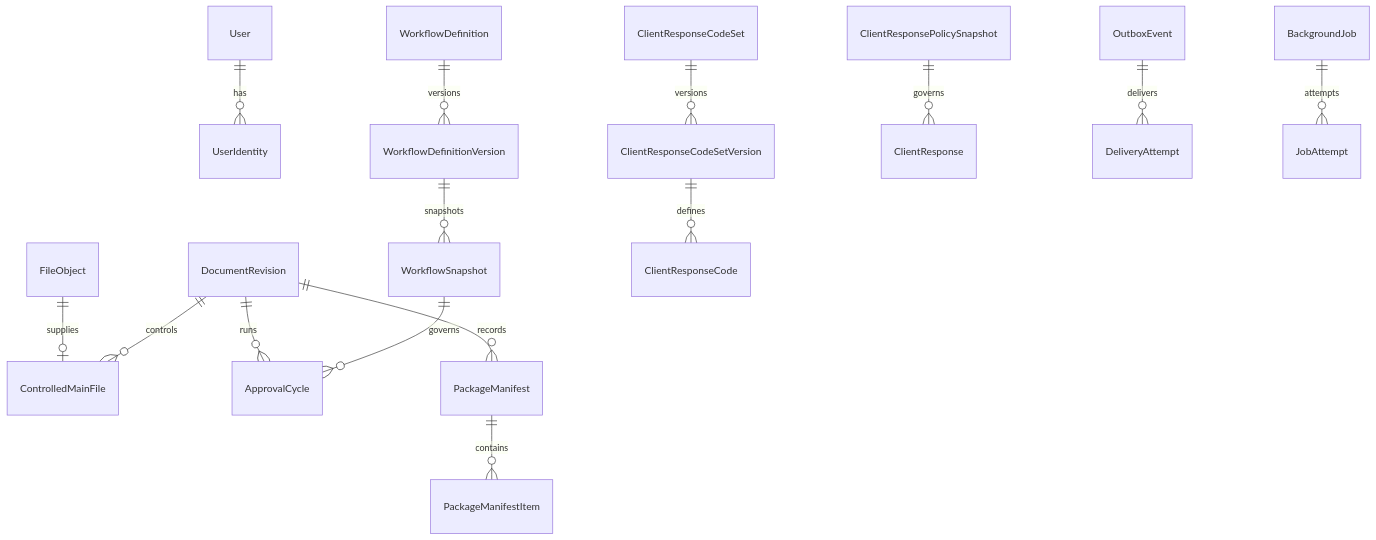
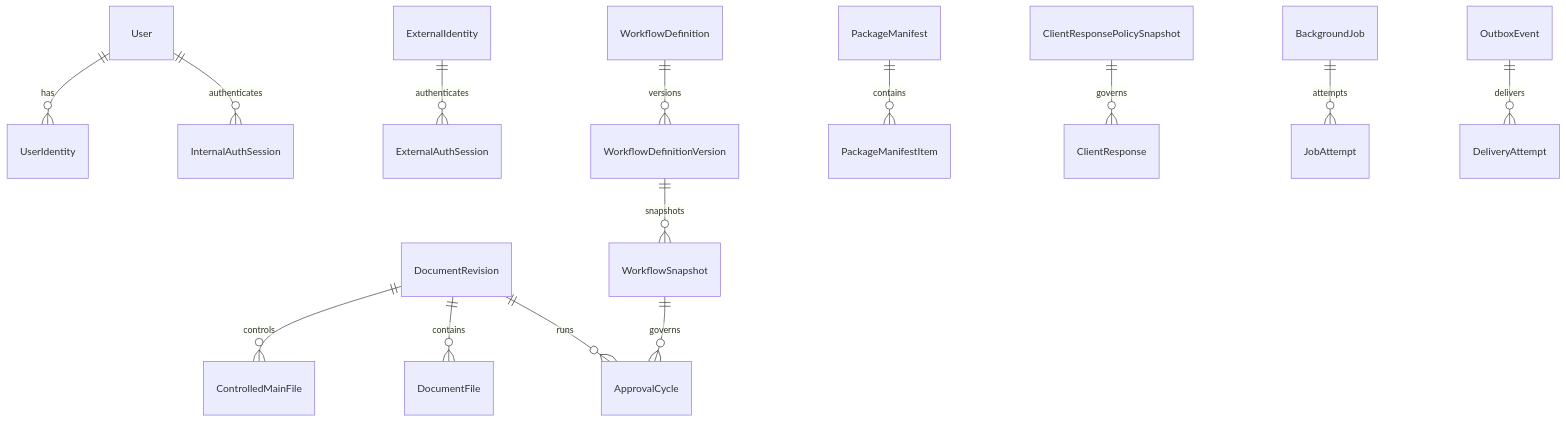
Before and after one commit to moabuomar1889/dtgsa-mdr: the diagram in docs/DATA_MODEL.md, drawn with Mermaid. The commit also changed other lines of this file and 117 other files, not shown here.

````diff
--- a/docs/DATA_MODEL.md
+++ b/docs/DATA_MODEL.md
@@ -3,17 +8,16 @@
 ```mermaid
 erDiagram
   User ||--o{ UserIdentity : has
+  User ||--o{ InternalAuthSession : authenticates
+  ExternalIdentity ||--o{ ExternalAuthSession : authenticates
   DocumentRevision ||--o{ ControlledMainFile : controls
-  FileObject ||--o| ControlledMainFile : supplies
+  DocumentRevision ||--o{ DocumentFile : contains
+  DocumentRevision ||--o{ ApprovalCycle : runs
   WorkflowDefinition ||--o{ WorkflowDefinitionVersion : versions
   WorkflowDefinitionVersion ||--o{ WorkflowSnapshot : snapshots
   WorkflowSnapshot ||--o{ ApprovalCycle : governs
-  DocumentRevision ||--o{ ApprovalCycle : runs
-  DocumentRevision ||--o{ PackageManifest : records
   PackageManifest ||--o{ PackageManifestItem : contains
-  ClientResponseCodeSet ||--o{ ClientResponseCodeSetVersion : versions
-  ClientResponseCodeSetVersion ||--o{ ClientResponseCode : defines
   ClientResponsePolicySnapshot ||--o{ ClientResponse : governs
+  BackgroundJob ||--o{ JobAttempt : attempts
   OutboxEvent ||--o{ DeliveryAttempt : delivers
-  BackgroundJob ||--o{ JobAttempt : attempts
 ```
````
